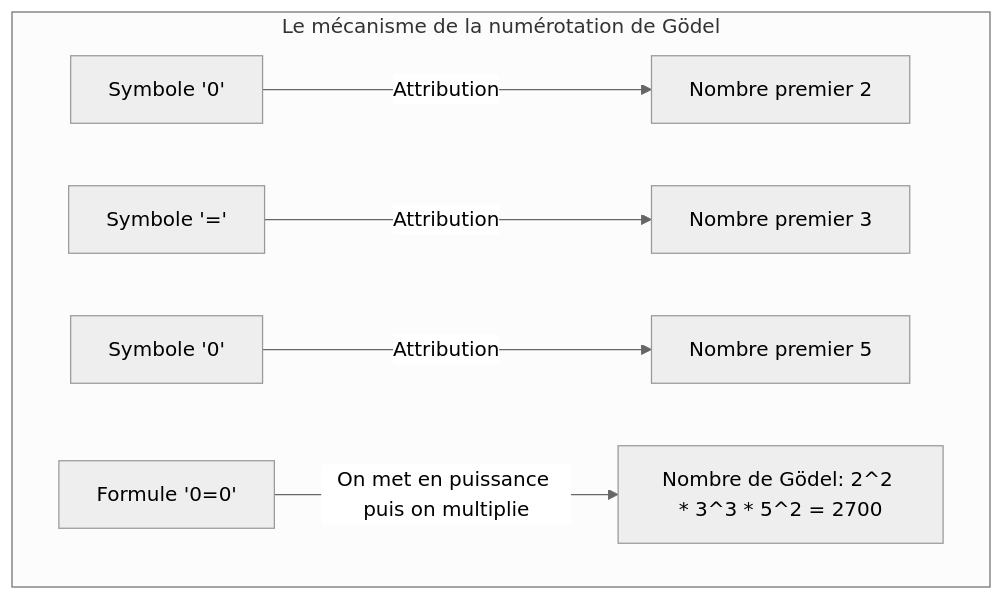
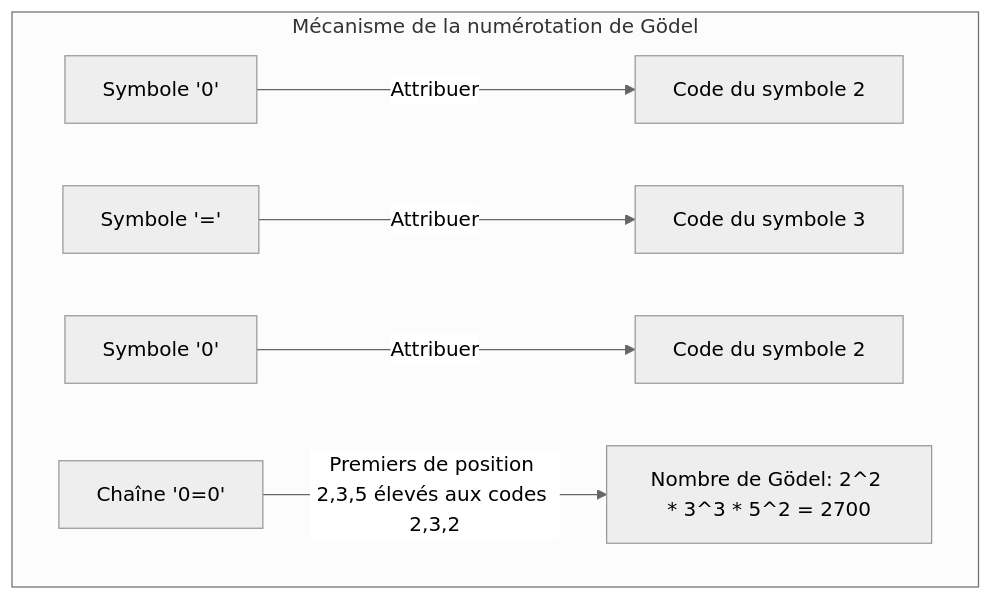
The third of 4 diagrams in content/post/godels-incompleteness-theorems/index.fr.md (kenjinote/blog), drawn with Mermaid (neutral theme) before and after one commit. The commit also changed other lines of this file and 11 other files, not shown here.

````diff
--- a/content/post/godels-incompleteness-theorems/index.fr.md
+++ b/content/post/godels-incompleteness-theorems/index.fr.md
@@ -97,9 +93,9 @@
 ```mermaid
 graph TD
-    subgraph "Le mécanisme de la numérotation de Gödel"
-        S1["Symbole '0'"] -->|"Attribution"| N1["Nombre premier 2"]
-        S2["Symbole '='"] -->|"Attribution"| N2["Nombre premier 3"]
-        S3["Symbole '0'"] -->|"Attribution"| N3["Nombre premier 5"]
-        F["Formule '0=0'"] -->|"On met en puissance puis on multiplie"| GN["Nombre de Gödel: 2^2 * 3^3 * 5^2 = 2700"]
+    subgraph "Mécanisme de la numérotation de Gödel"
+        S1["Symbole '0'"] -->|"Attribuer"| N1["Code du symbole 2"]
+        S2["Symbole '='"] -->|"Attribuer"| N2["Code du symbole 3"]
+        S3["Symbole '0'"] -->|"Attribuer"| N3["Code du symbole 2"]
+        F["Chaîne '0=0'"] -->|"Premiers de position 2,3,5 élevés aux codes 2,3,2"| GN["Nombre de Gödel: 2^2 * 3^3 * 5^2 = 2700"]
     end
 ```
````
